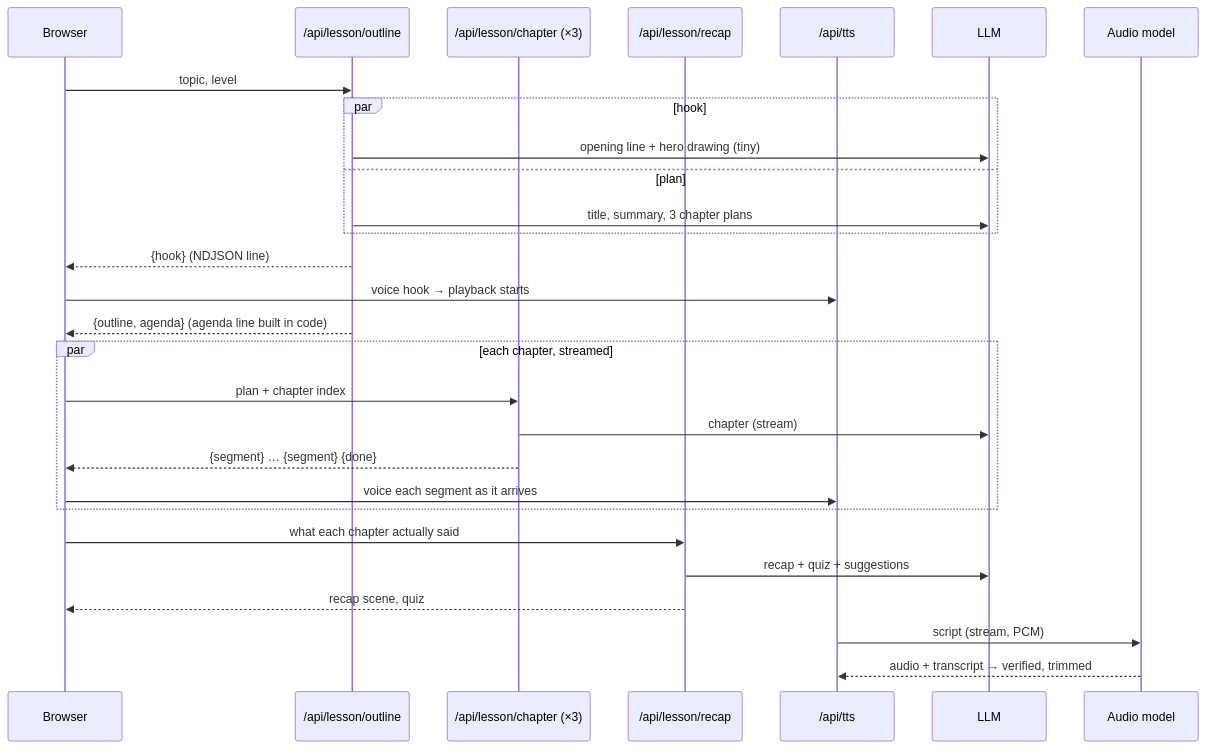
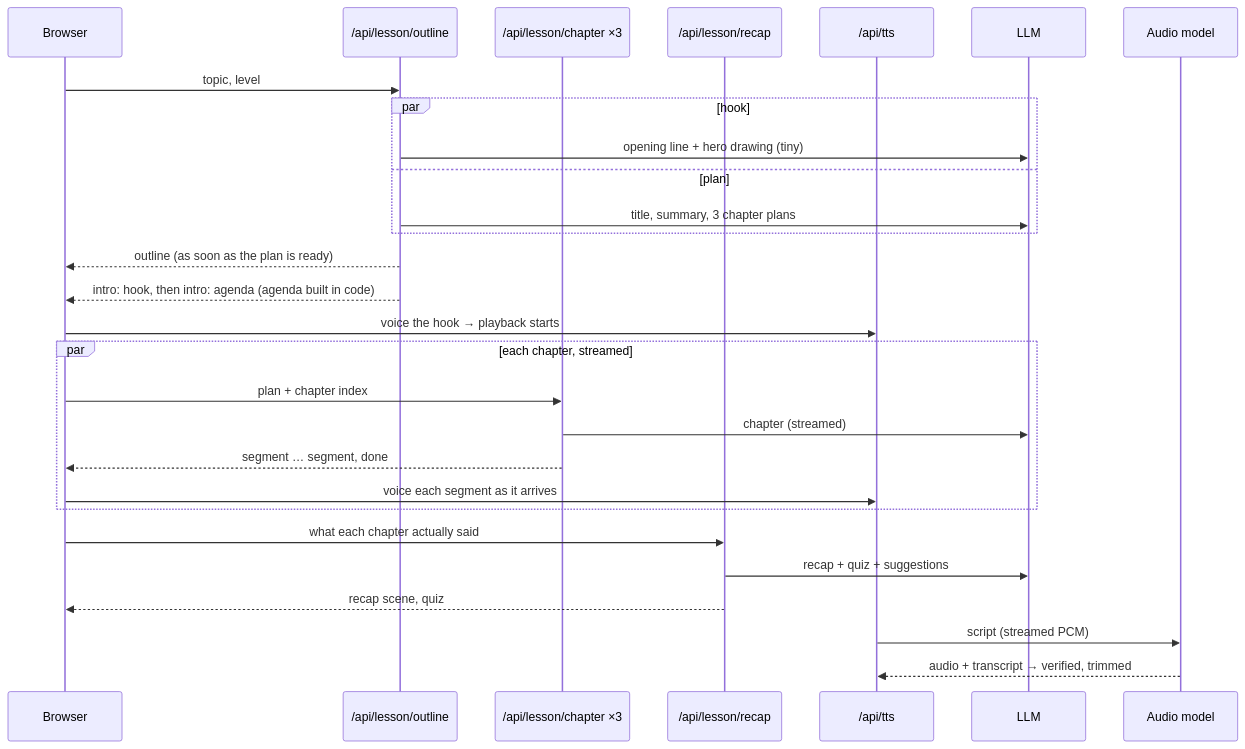
Before and after one commit to zynoxprince/ChalkTalk: the first of 2 diagrams in docs/ARCHITECTURE.md, drawn with Mermaid. The commit also changed other lines of this file and 1 other file, not shown here.

Commit message:
Docs: Mermaid line breaks for GitHub, describe the plan-first stream
Claude-Session: https://claude.ai/code/session_01JpENE2pPguZxFzZwjRhESg

````diff
--- a/docs/ARCHITECTURE.md
+++ b/docs/ARCHITECTURE.md
@@ -19,31 +19,31 @@
 ```mermaid
 sequenceDiagram
   participant U as Browser
   participant O as /api/lesson/outline
-  participant C as /api/lesson/chapter (×3)
+  participant C as /api/lesson/chapter ×3
   participant R as /api/lesson/recap
   participant V as /api/tts
   participant L as LLM
   participant A as Audio model
 
   U->>O: topic, level
   par hook
     O->>L: opening line + hero drawing (tiny)
   and plan
     O->>L: title, summary, 3 chapter plans
   end
-  O-->>U: {hook}  (NDJSON line)
-  U->>V: voice hook  → playback starts
-  O-->>U: {outline, agenda}  (agenda line built in code)
+  O-->>U: outline (as soon as the plan is ready)
+  O-->>U: intro: hook, then intro: agenda (agenda built in code)
+  U->>V: voice the hook → playback starts
   par each chapter, streamed
     U->>C: plan + chapter index
-    C->>L: chapter (stream)
-    C-->>U: {segment} … {segment} {done}
+    C->>L: chapter (streamed)
+    C-->>U: segment … segment, done
     U->>V: voice each segment as it arrives
   end
   U->>R: what each chapter actually said
   R->>L: recap + quiz + suggestions
   R-->>U: recap scene, quiz
-  V->>A: script (stream, PCM)
+  V->>A: script (streamed PCM)
   A-->>V: audio + transcript → verified, trimmed
 ```
````
